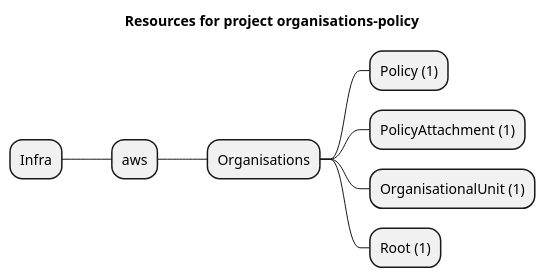
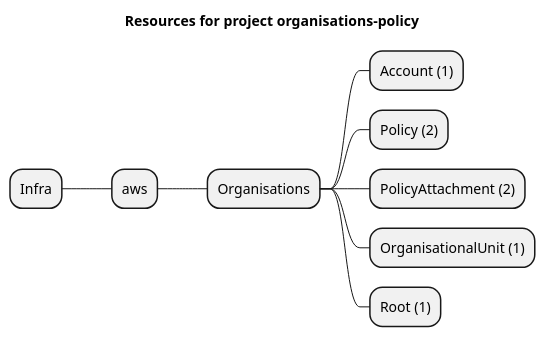
One commit to grucloud/grucloud changed the diagram in examples/aws/Organisation/organisations-policy/artifacts/resources-mindmap.puml. Above: the diagram before and after it, drawn with PlantUML. The commit also changed 4 other files, not shown here.

```diff
--- a/examples/aws/Organisation/organisations-policy/artifacts/resources-mindmap.puml
+++ b/examples/aws/Organisation/organisations-policy/artifacts/resources-mindmap.puml
@@ -1,11 +1,12 @@
 @startmindmap
 title Resources for project organisations-policy
 skinparam monochrome true
 + Infra
 ++ aws
 +++ Organisations
-++++ Policy (1)
-++++ PolicyAttachment (1)
+++++ Account (1)
+++++ Policy (2)
+++++ PolicyAttachment (2)
 ++++ OrganisationalUnit (1)
 ++++ Root (1)
 @endmindmap
```
